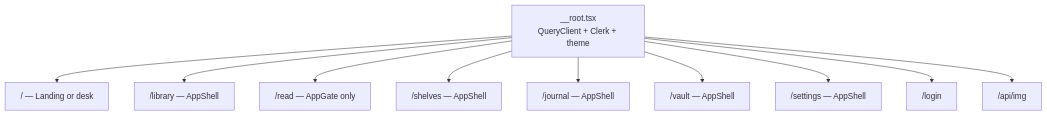
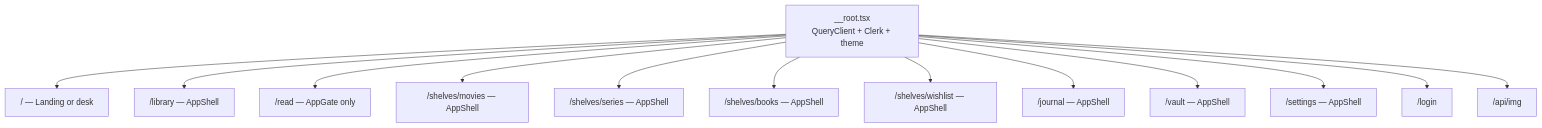
Before and after one commit to SahilFruitwala/kami: the sixth of 7 diagrams in docs/ARCHITECTURE.md, drawn with Mermaid. The commit also changed 5 other files, not shown here.

First line of the commit message:
Promote Movies, Series, Books, and Wishlist to sidebar panes (#16)

````diff
--- a/docs/ARCHITECTURE.md
+++ b/docs/ARCHITECTURE.md
@@ -222,13 +222,16 @@
 ```mermaid
 flowchart TB
   Root["__root.tsx<br/>QueryClient + Clerk + theme"]
   Root --> Index["/ — Landing or desk"]
   Root --> Lib["/library — AppShell"]
   Root --> Read["/read — AppGate only"]
-  Root --> Shelves["/shelves — AppShell"]
+  Root --> Movies["/shelves/movies — AppShell"]
+  Root --> Series["/shelves/series — AppShell"]
+  Root --> Books["/shelves/books — AppShell"]
+  Root --> Wishlist["/shelves/wishlist — AppShell"]
   Root --> Journal["/journal — AppShell"]
   Root --> Vault["/vault — AppShell"]
   Root --> Settings["/settings — AppShell"]
   Root --> Login["/login"]
   Root --> Img["/api/img"]
 ```
````
